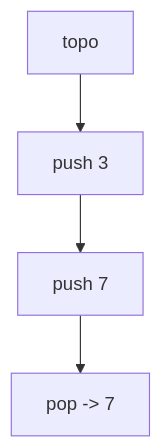
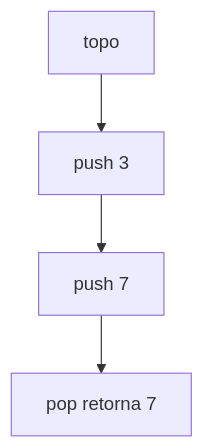
Before and after one commit to rafaelluisdacostacoelho/software-engineering-study: the first of 3 diagrams in book/data-structure/stacks-and-queues.md, drawn with Mermaid. The commit also changed other lines of this file and 3 other files, not shown here.

Commit message:
Refactor algorithm documentation: Update Mermaid diagrams for clarity and consistency in Arrays, Linked Lists, Stacks, and Queues sections.

````diff
--- a/book/data-structure/stacks-and-queues.md
+++ b/book/data-structure/stacks-and-queues.md
@@ -34,6 +34,6 @@
 ```mermaid
-flowchart TB
-	T[topo] --> A[push 3]
-	A --> B[push 7]
-	B --> C[pop -> 7]
+graph TB
+T[topo] --> A[push 3]
+A --> B[push 7]
+B --> C[pop retorna 7]
 ```
````
